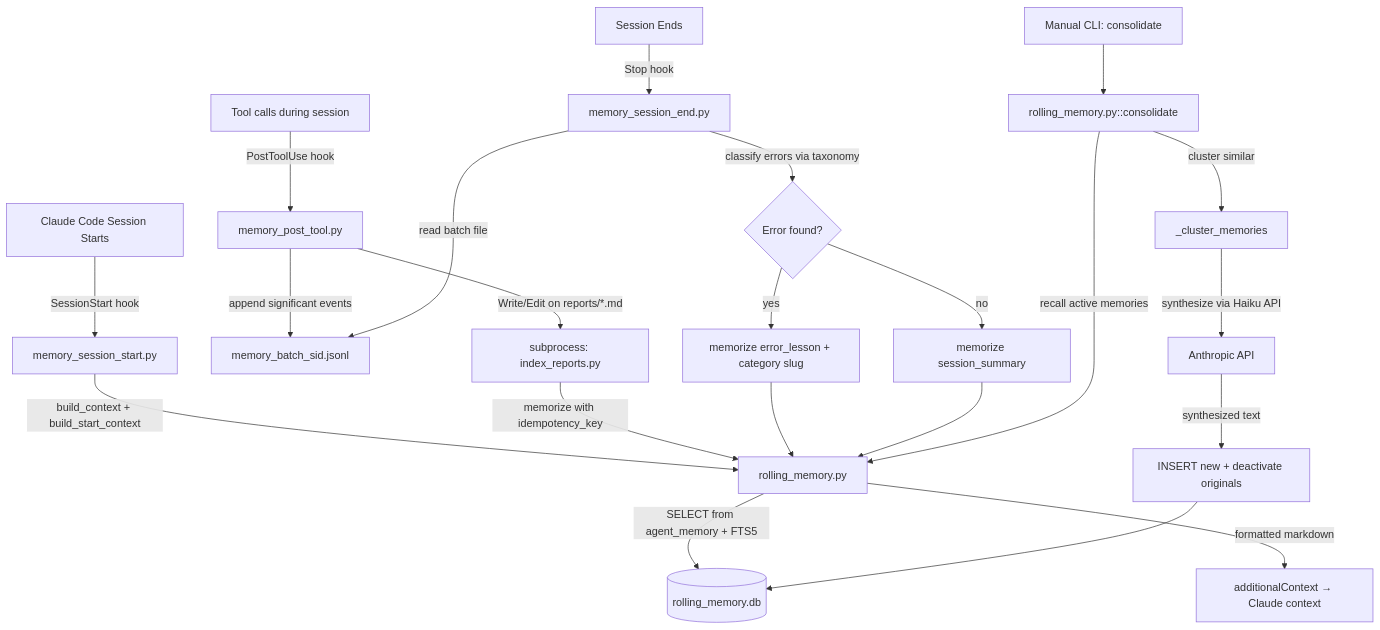
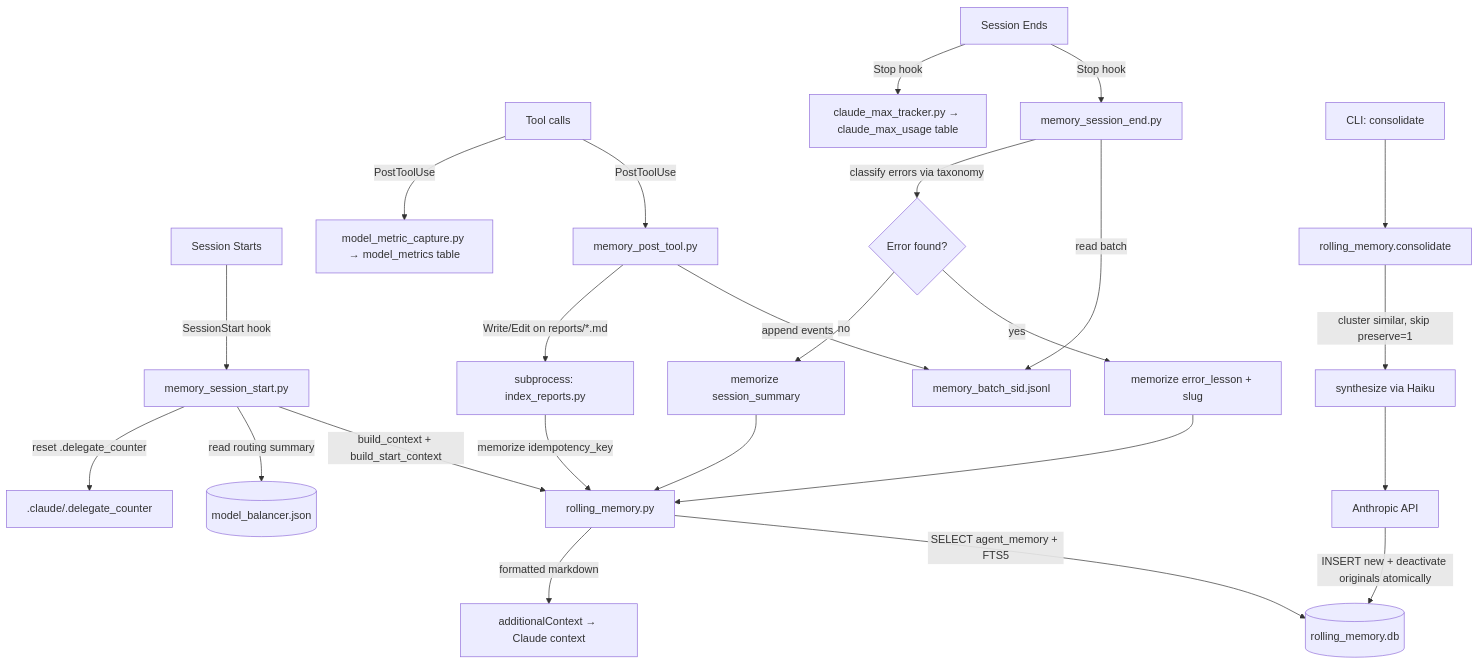
Before and after one commit to demetrius2017/claude-booster: the third of 6 diagrams in ARCHITECTURE.md, drawn with Mermaid. The commit also changed other lines of this file and 1 other file, not shown here.

First line of the commit message:
docs(architecture): update ARCHITECTURE.md + dep_manifest.json via /architecture --update

````diff
--- a/ARCHITECTURE.md
+++ b/ARCHITECTURE.md
@@ -124,27 +180,29 @@
 ```mermaid
 flowchart TD
-    A[Claude Code Session Starts] -->|SessionStart hook| B[memory_session_start.py]
+    A[Session Starts] -->|SessionStart hook| B[memory_session_start.py]
     B -->|build_context + build_start_context| C[rolling_memory.py]
-    C -->|SELECT from agent_memory + FTS5| D[(rolling_memory.db)]
+    B -->|read routing summary| BJ[(model_balancer.json)]
+    B -->|reset .delegate_counter| MK[.claude/.delegate_counter]
+    C -->|SELECT agent_memory + FTS5| D[(rolling_memory.db)]
     C -->|formatted markdown| E[additionalContext → Claude context]
 
-    F[Tool calls during session] -->|PostToolUse hook| G[memory_post_tool.py]
-    G -->|append significant events| H[memory_batch_sid.jsonl]
+    F[Tool calls] -->|PostToolUse| G[memory_post_tool.py]
+    F -->|PostToolUse| MM[model_metric_capture.py → model_metrics table]
+    G -->|append events| H[memory_batch_sid.jsonl]
     G -->|Write/Edit on reports/*.md| I[subprocess: index_reports.py]
-    I -->|memorize with idempotency_key| C
+    I -->|memorize idempotency_key| C
 
     J[Session Ends] -->|Stop hook| K[memory_session_end.py]
-    K -->|read batch file| H
+    J -->|Stop hook| CM[claude_max_tracker.py → claude_max_usage table]
+    K -->|read batch| H
     K -->|classify errors via taxonomy| L{Error found?}
-    L -->|yes| M[memorize error_lesson + category slug]
+    L -->|yes| M[memorize error_lesson + slug]
     L -->|no| N[memorize session_summary]
     M --> C
     N --> C
 
-    O[Manual CLI: consolidate] --> P[rolling_memory.py::consolidate]
-    P -->|recall active memories| C
-    P -->|cluster similar| Q[_cluster_memories]
-    Q -->|synthesize via Haiku API| R[Anthropic API]
-    R -->|synthesized text| S[INSERT new + deactivate originals]
-    S --> D
+    O[CLI: consolidate] --> P[rolling_memory.consolidate]
+    P -->|cluster similar, skip preserve=1| Q[synthesize via Haiku]
+    Q --> R[Anthropic API]
+    R -->|INSERT new + deactivate originals atomically| D
 ```
````
